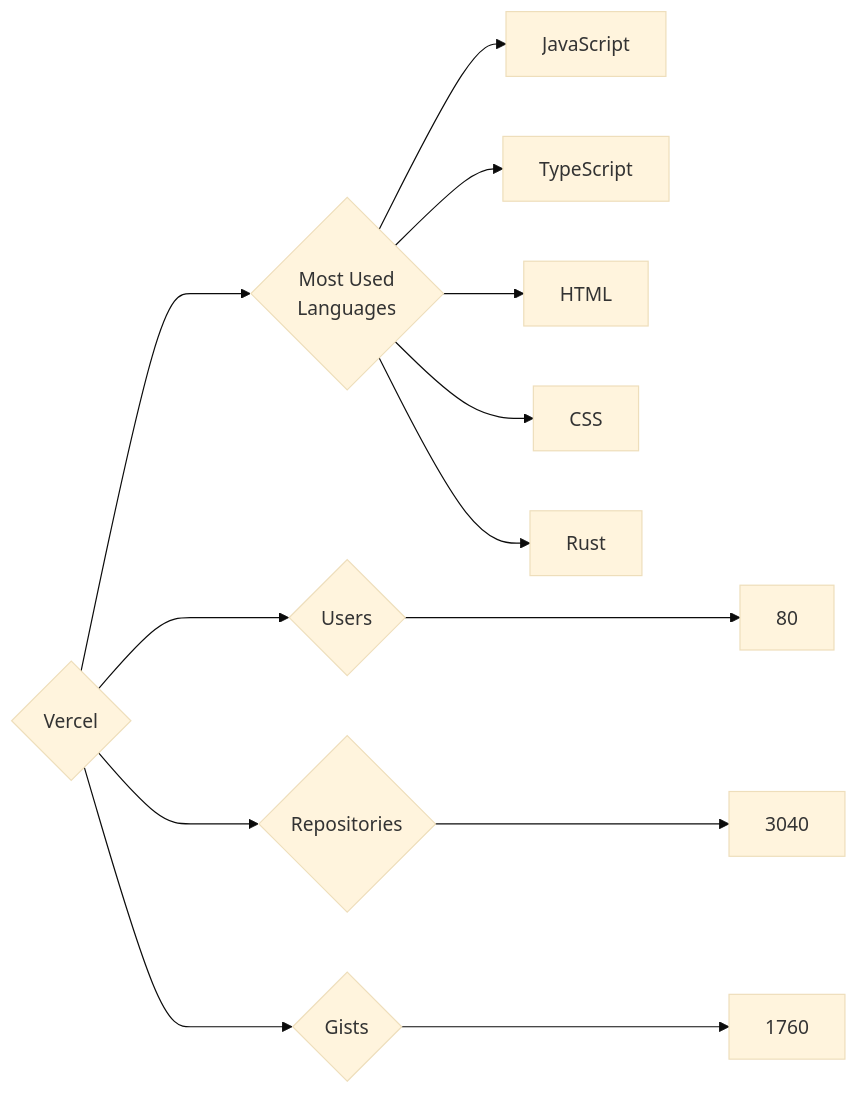
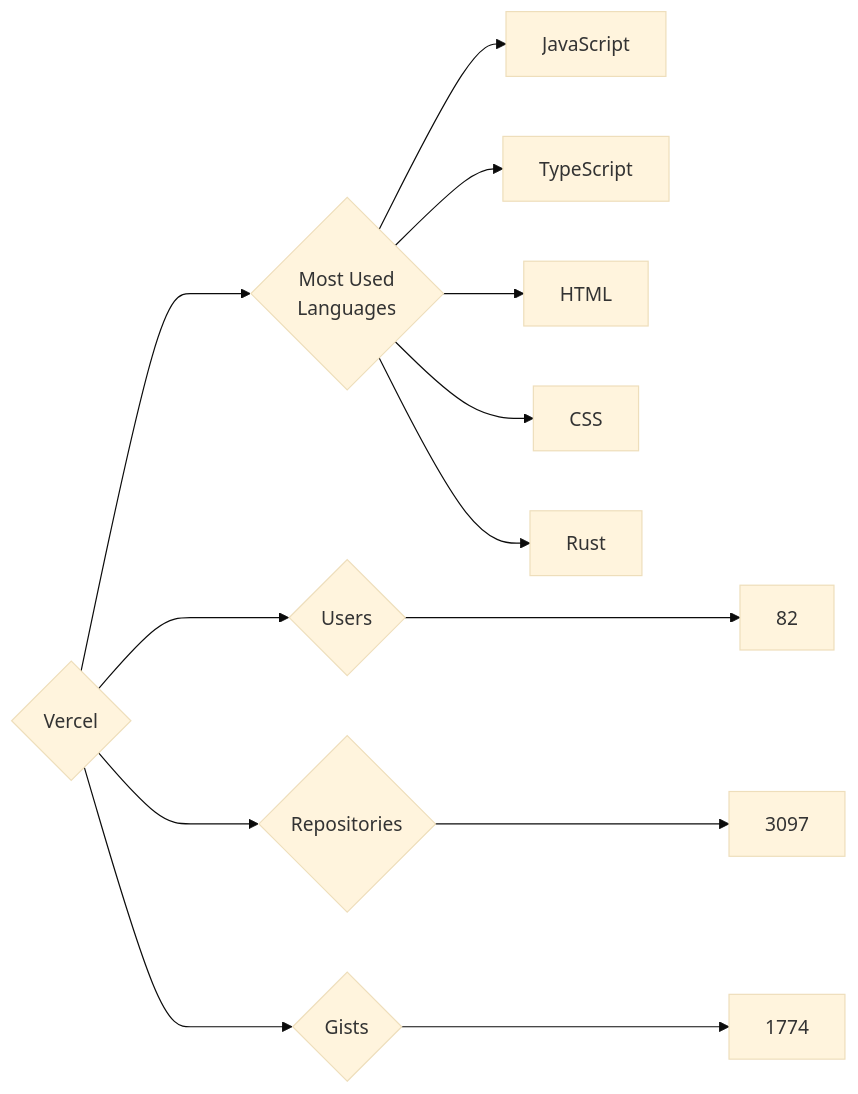
Before and after one commit to trickest/insiders: the diagram in targets/Vercel/README.md, drawn with Mermaid (base theme). The commit also changed 787 other files, not shown here.

````diff
--- a/targets/Vercel/README.md
+++ b/targets/Vercel/README.md
@@ -3,13 +3,13 @@
 ```mermaid
 graph LR
 COMPANY_NAME{Vercel}
-COMPANY_NAME ---> U{Users} ---> UN[80]
-COMPANY_NAME ---> R{Repositories} ---> RN[3040]
-COMPANY_NAME ---> G{Gists} ---> GN[1760]
+COMPANY_NAME ---> U{Users} ---> UN[82]
+COMPANY_NAME ---> R{Repositories} ---> RN[3097]
+COMPANY_NAME ---> G{Gists} ---> GN[1774]
 COMPANY_NAME ---> ML{Most Used<br>Languages}
 ML --> JavaScript[JavaScript]
 ML --> TypeScript[TypeScript]
 ML --> HTML[HTML]
 ML --> CSS[CSS]
 ML --> Rust[Rust]
 ```
````
